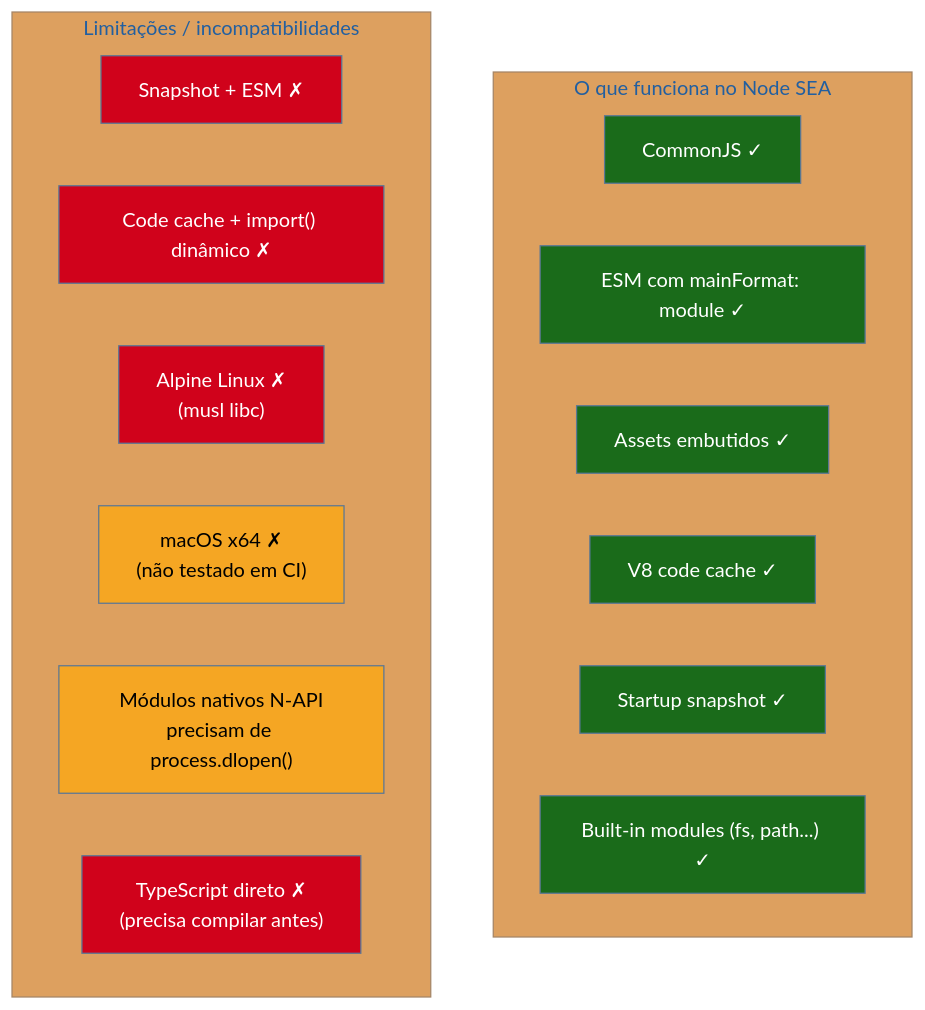
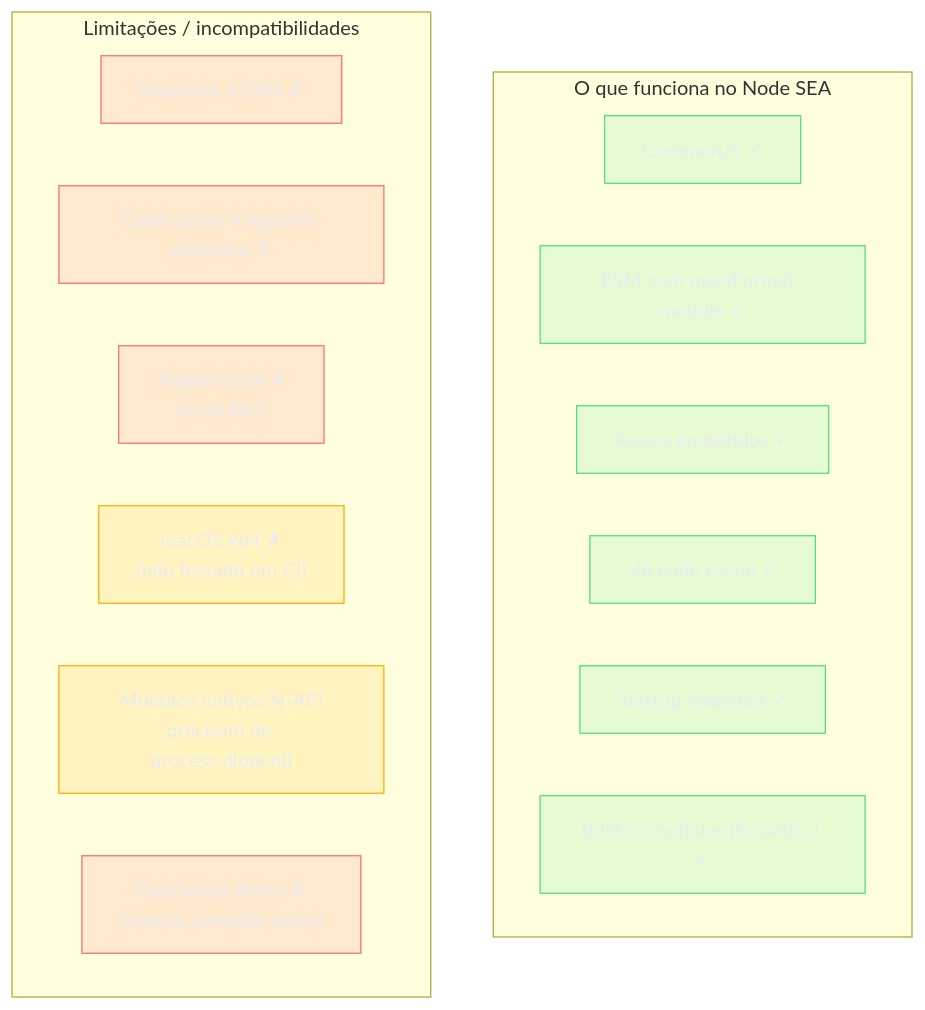
One commit to josenaldo/codex-technomanticus changed the second of 6 diagrams in 03-Dominios/Tecnologia/Tooling e Build/22 - Single Executable Apps (SEA) e empacotamento.md. Above: the diagram before and after it, drawn with Mermaid. The commit also changed other lines of this file and 1181 other files, not shown here.

First line of the commit message:
fix(diagramas): paleta do sistema no lugar de cor cravada no markdown

````diff
--- a/03-Dominios/Tecnologia/Tooling e Build/22 - Single Executable Apps (SEA) e empacotamento.md
+++ b/03-Dominios/Tecnologia/Tooling e Build/22 - Single Executable Apps (SEA) e empacotamento.md
@@ -226,34 +227,36 @@
 ```mermaid
-%%{init: {"theme": "base", "themeVariables": {"primaryColor": "#4A90D9"}}}%%
 graph TD
+    classDef ok fill:#4ADE8021,stroke:#4ADE80,color:#E9ECF2
+    classDef falha fill:#FF6B6B24,stroke:#FF6B6B,color:#E9ECF2
+    classDef destaque fill:#FFAA0024,stroke:#FFAA00,color:#E9ECF2
     subgraph "O que funciona no Node SEA"
         S1["CommonJS ✓"]
         S2["ESM com mainFormat: module ✓"]
         S3["Assets embutidos ✓"]
         S4["V8 code cache ✓"]
         S5["Startup snapshot ✓"]
         S6["Built-in modules (fs, path...) ✓"]
     end
 
     subgraph "Limitações / incompatibilidades"
         L1["Snapshot + ESM ✗"]
         L2["Code cache + import() dinâmico ✗"]
         L3["Alpine Linux ✗\n(musl libc)"]
         L4["macOS x64 ✗\n(não testado em CI)"]
         L5["Módulos nativos N-API\nprecisam de process.dlopen()"]
         L6["TypeScript direto ✗\n(precisa compilar antes)"]
     end
 
-    style S1 fill:#1a6b1a,color:#fff
-    style S2 fill:#1a6b1a,color:#fff
-    style S3 fill:#1a6b1a,color:#fff
-    style S4 fill:#1a6b1a,color:#fff
-    style S5 fill:#1a6b1a,color:#fff
-    style S6 fill:#1a6b1a,color:#fff
-    style L1 fill:#D0021B,color:#fff
-    style L2 fill:#D0021B,color:#fff
-    style L3 fill:#D0021B,color:#fff
-    style L4 fill:#F5A623,color:#000
-    style L5 fill:#F5A623,color:#000
-    style L6 fill:#D0021B,color:#fff
+    class S1 ok
+    class S2 ok
+    class S3 ok
+    class S4 ok
+    class S5 ok
+    class S6 ok
+    class L1 falha
+    class L2 falha
+    class L3 falha
+    class L4 destaque
+    class L5 destaque
+    class L6 falha
 ```
````
